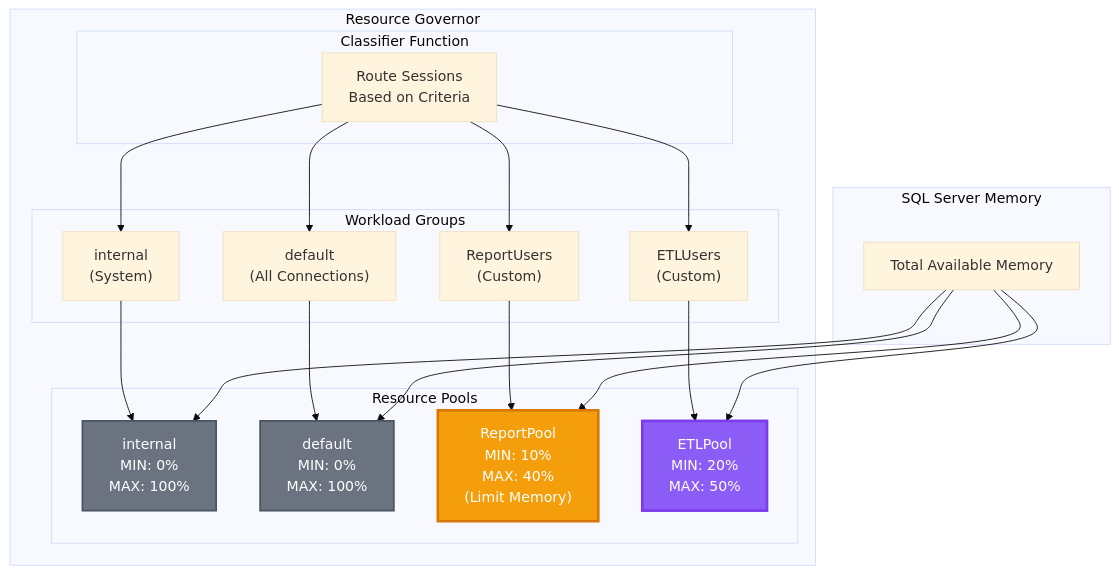
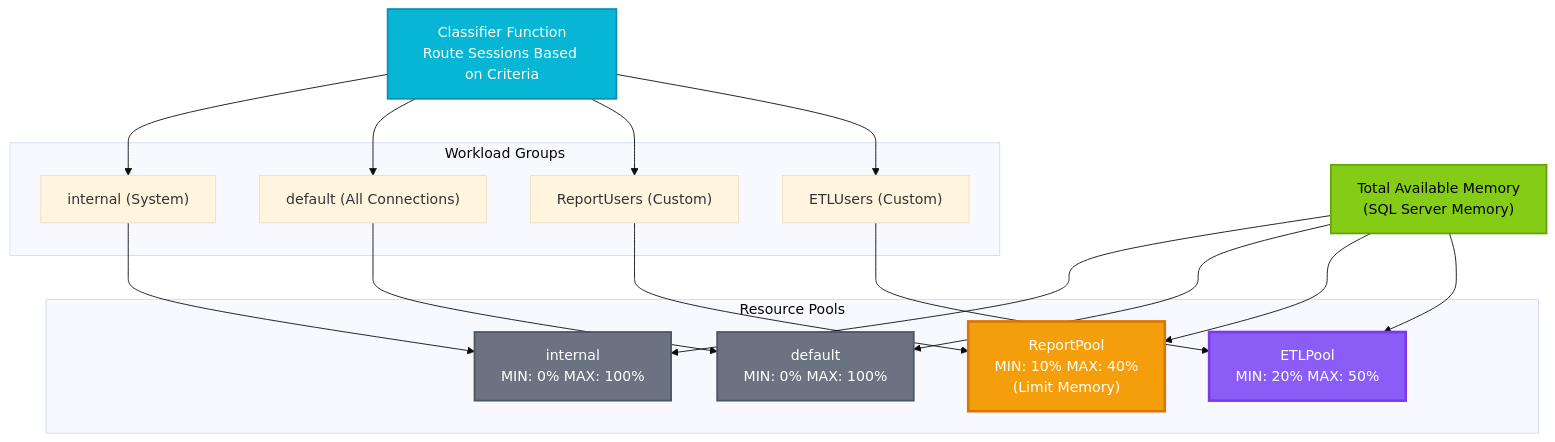
The fourth of 7 diagrams in Module_04_Memory/README.md (phakkhaphong/sql-server-performance-tuning), drawn with Mermaid (base theme) before and after one commit. The commit also changed other lines of this file, not shown here.

Commit message:
Refactor README diagrams for SQL Server Memory Models and Resource Governor, enhancing clarity by updating layout direction, simplifying annotations, and improving visual representation of memory allocation processes and performance indicators.

````diff
--- a/Module_04_Memory/README.md
+++ b/Module_04_Memory/README.md
@@ -197,45 +195,42 @@
 ```mermaid
-graph TB
-    subgraph RG["Resource Governor"]
-        subgraph Classifier["Classifier Function"]
-            CF["Route Sessions<br/>Based on Criteria"]
-        end
-        
-        subgraph WorkloadGroups["Workload Groups"]
-            WG1["internal<br/>(System)"]
-            WG2["default<br/>(All Connections)"]
-            WG3["ReportUsers<br/>(Custom)"]
-            WG4["ETLUsers<br/>(Custom)"]
-        end
-        
-        subgraph ResourcePools["Resource Pools"]
-            RP1["internal<br/>MIN: 0%<br/>MAX: 100%"]
-            RP2["default<br/>MIN: 0%<br/>MAX: 100%"]
-            RP3["ReportPool<br/>MIN: 10%<br/>MAX: 40%<br/>(Limit Memory)"]
-            RP4["ETLPool<br/>MIN: 20%<br/>MAX: 50%"]
-        end
-        
-        CF --> WG1
-        CF --> WG2
-        CF --> WG3
-        CF --> WG4
-        
-        WG1 --> RP1
-        WG2 --> RP2
-        WG3 --> RP3
-        WG4 --> RP4
+flowchart TB
+    CF["Classifier Function<br/>Route Sessions Based on Criteria"]
+    
+    subgraph WorkloadGroups["Workload Groups"]
+        WG1["internal (System)"]
+        WG2["default (All Connections)"]
+        WG3["ReportUsers (Custom)"]
+        WG4["ETLUsers (Custom)"]
     end
     
-    subgraph Memory2["SQL Server Memory"]
-        TotalMem["Total Available Memory"]
-        TotalMem --> RP1
-        TotalMem --> RP2
-        TotalMem --> RP3
-        TotalMem --> RP4
+    subgraph ResourcePools["Resource Pools"]
+        RP1["internal<br/>MIN: 0% MAX: 100%"]
+        RP2["default<br/>MIN: 0% MAX: 100%"]
+        RP3["ReportPool<br/>MIN: 10% MAX: 40%<br/>(Limit Memory)"]
+        RP4["ETLPool<br/>MIN: 20% MAX: 50%"]
     end
+    
+    TotalMem["Total Available Memory<br/>(SQL Server Memory)"]
+    
+    CF --> WG1
+    CF --> WG2
+    CF --> WG3
+    CF --> WG4
+    
+    WG1 --> RP1
+    WG2 --> RP2
+    WG3 --> RP3
+    WG4 --> RP4
+    
+    TotalMem --> RP1
+    TotalMem --> RP2
+    TotalMem --> RP3
+    TotalMem --> RP4
     
     style RP3 fill:#f59e0b,stroke:#d97706,stroke-width:3px,color:#fff
     style RP4 fill:#8b5cf6,stroke:#7c3aed,stroke-width:3px,color:#fff
     style RP1 fill:#6b7280,stroke:#4b5563,stroke-width:2px,color:#fff
     style RP2 fill:#6b7280,stroke:#4b5563,stroke-width:2px,color:#fff
+    style CF fill:#06b6d4,stroke:#0891b2,stroke-width:2px,color:#fff
+    style TotalMem fill:#84cc16,stroke:#65a30d,stroke-width:2px,color:#000
 ```
````
